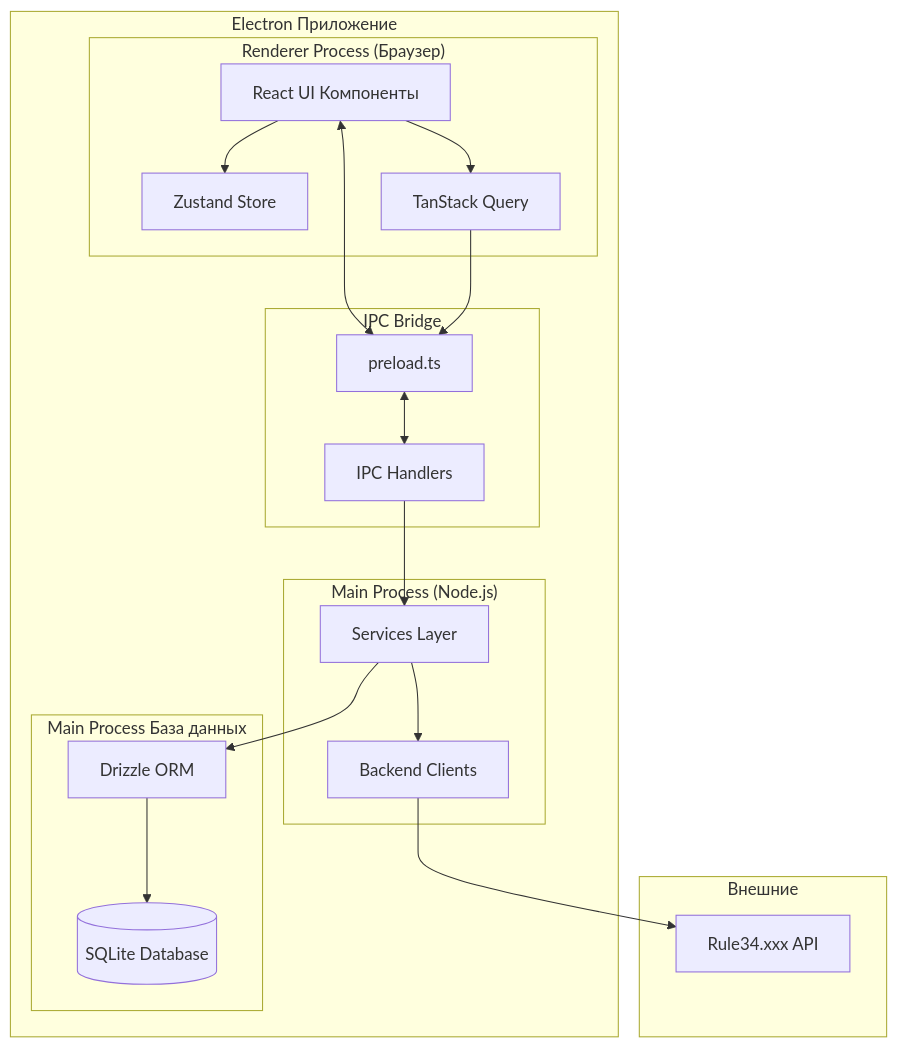
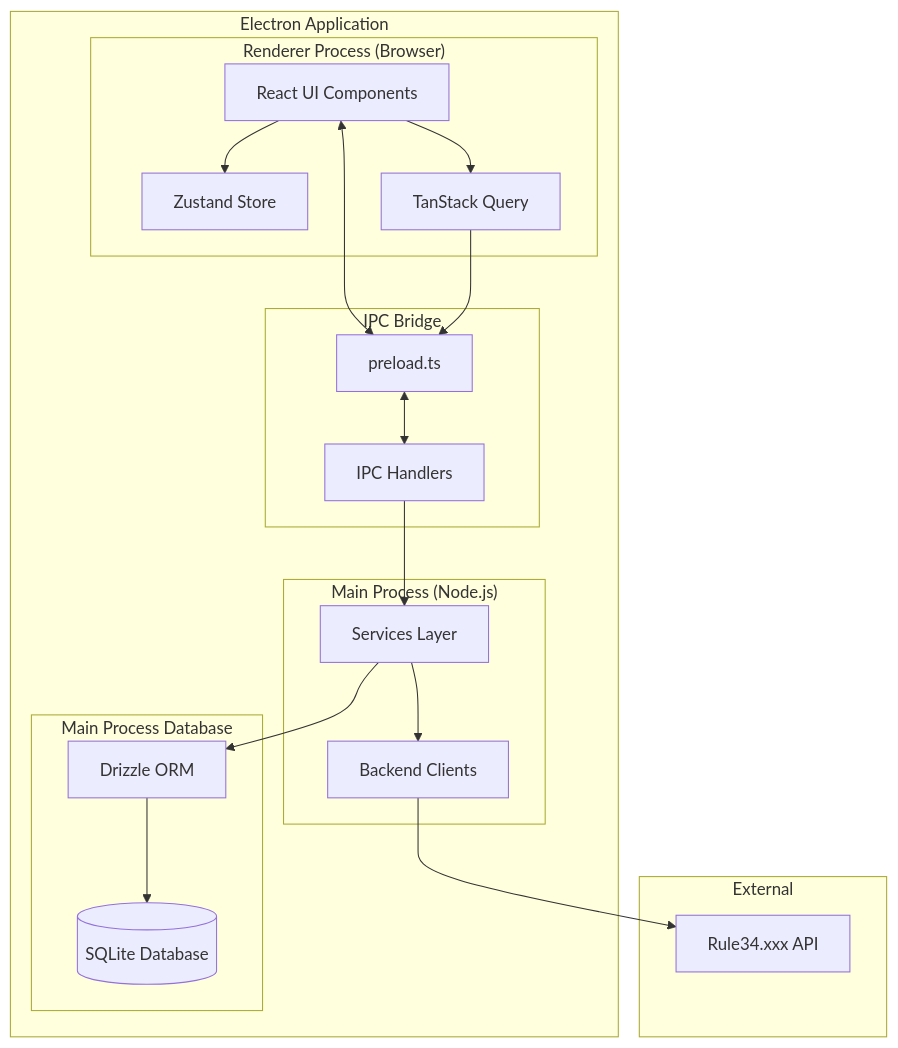
The second of 11 diagrams in .docs-i18n/ru/docs/architecture.md (KazeKaze93/RuleDesk), drawn with Mermaid before and after one commit. The commit also changed other lines of this file and 8 other files, not shown here.

````diff
--- a/.docs-i18n/ru/docs/architecture.md
+++ b/.docs-i18n/ru/docs/architecture.md
@@ -137,42 +137,42 @@
 ```mermaid
 graph TB
-    subgraph "Electron Приложение"
-        subgraph "Renderer Process (Браузер)"
-            ReactUI[React UI Компоненты]
+    subgraph "Electron Application"
+        subgraph "Renderer Process (Browser)"
+            ReactUI[React UI Components]
             Zustand[Zustand Store]
             ReactQuery[TanStack Query]
         end
 
         subgraph "IPC Bridge"
             Preload[preload.ts]
             IPC[IPC Handlers]
         end
 
         subgraph "Main Process (Node.js)"
             Services[Services Layer]
             BackendClients[Backend Clients]
         end
 
-        subgraph "Main Process База данных"
+        subgraph "Main Process Database"
             Drizzle[Drizzle ORM]
             SQLite[(SQLite)]
         end
     end
 
-    subgraph "Внешние"
+    subgraph "External"
         Rule34API[Rule34.xxx API]
         SQLite[(SQLite Database)]
     end
 
     ReactUI <--> Preload
     Preload <--> IPC
     IPC --> Services
     Services --> BackendClients
     Services --> Drizzle
     Drizzle --> SQLite
     BackendClients --> Rule34API
 
     ReactUI --> Zustand
     ReactUI --> ReactQuery
     ReactQuery --> Preload
 ```
````
